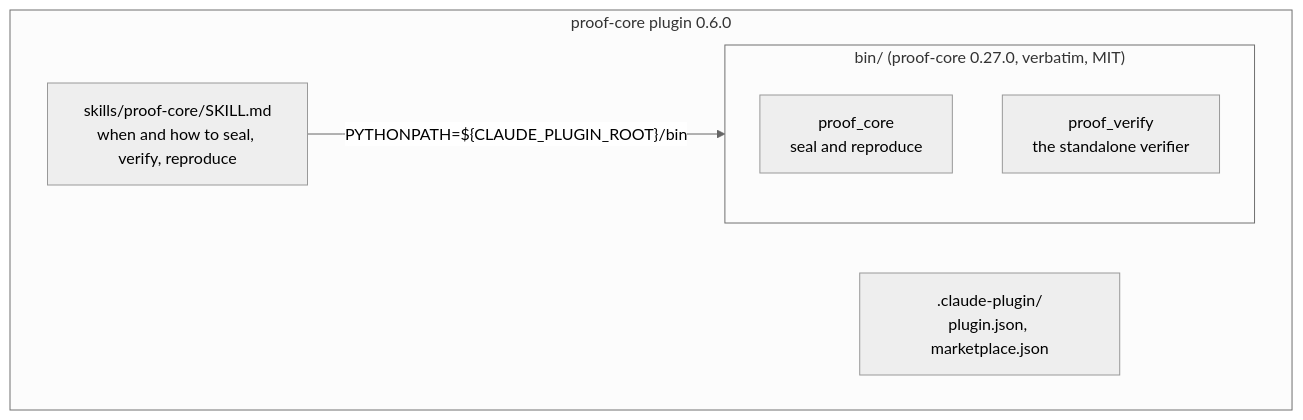
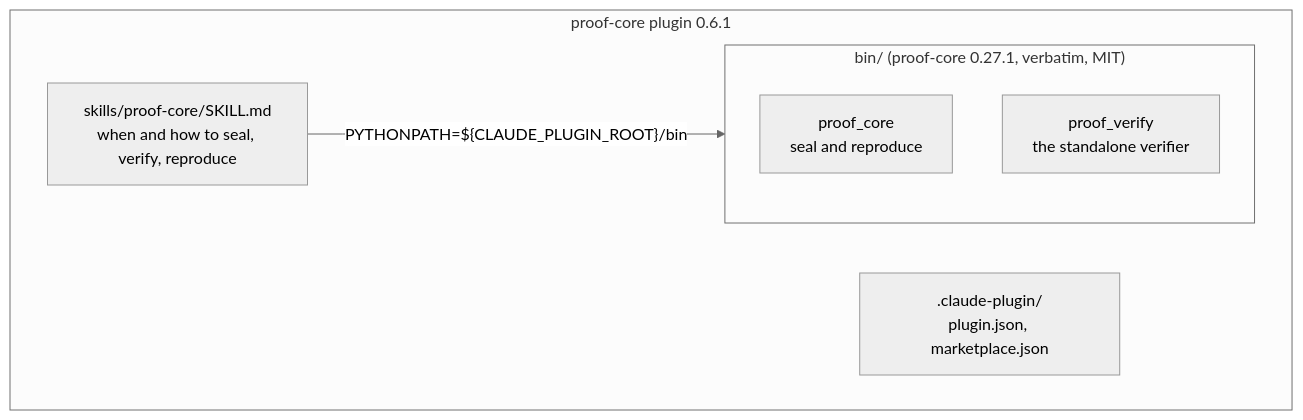
One commit to SMRFORGE/proof-core changed the second of 3 diagrams in README.md. Above: the diagram before and after it, drawn with Mermaid (neutral theme). The commit also changed other lines of this file and 14 other files, not shown here.

Commit message:
release: v0.6.1 (vendor proof-core v0.27.1; final --runner guidance)

````diff
--- a/README.md
+++ b/README.md
@@ -76,12 +76,12 @@
 ```mermaid
 flowchart TB
-    subgraph plugin["proof-core plugin 0.6.0"]
+    subgraph plugin["proof-core plugin 0.6.1"]
         MAN[".claude-plugin/<br/>plugin.json, marketplace.json"]
         SKILL["skills/proof-core/SKILL.md<br/>when and how to seal, verify, reproduce"]
-        subgraph bin["bin/ (proof-core 0.27.0, verbatim, MIT)"]
+        subgraph bin["bin/ (proof-core 0.27.1, verbatim, MIT)"]
             PC["proof_core<br/>seal and reproduce"]
             PV["proof_verify<br/>the standalone verifier"]
         end
     end
     SKILL -->|"PYTHONPATH=${CLAUDE_PLUGIN_ROOT}/bin"| bin
 ```
````
